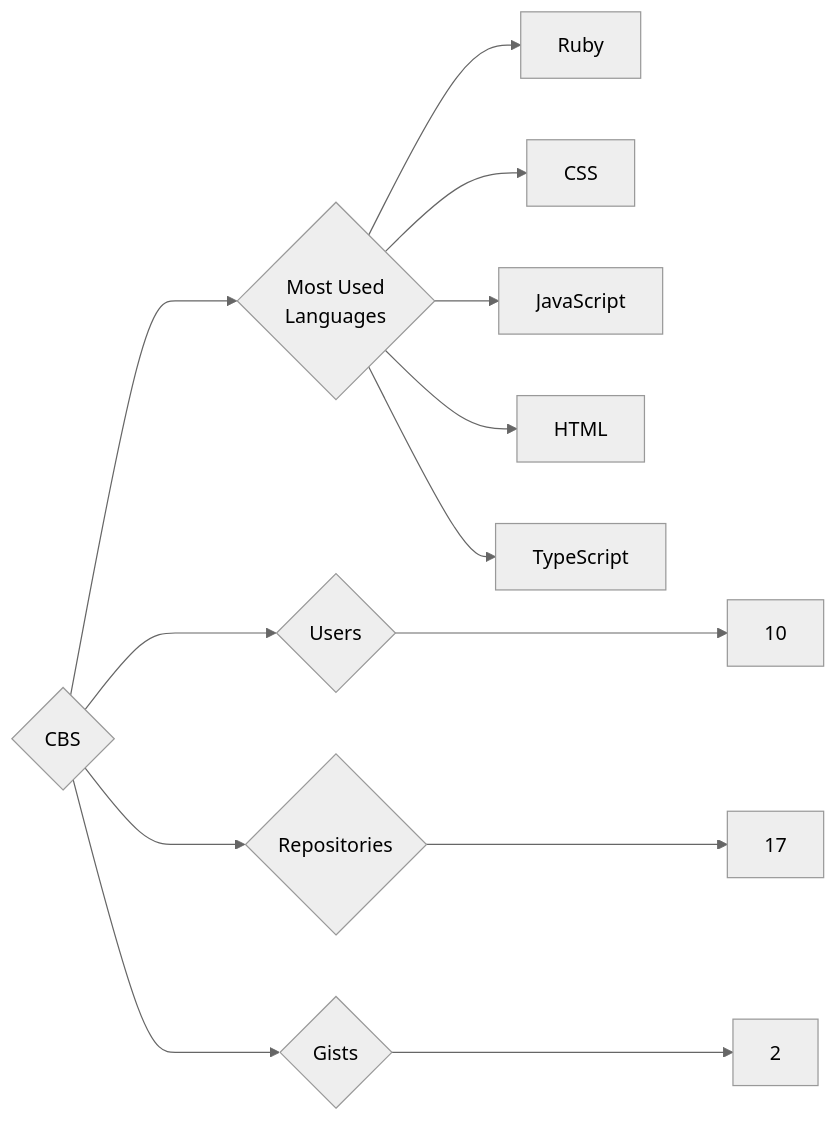
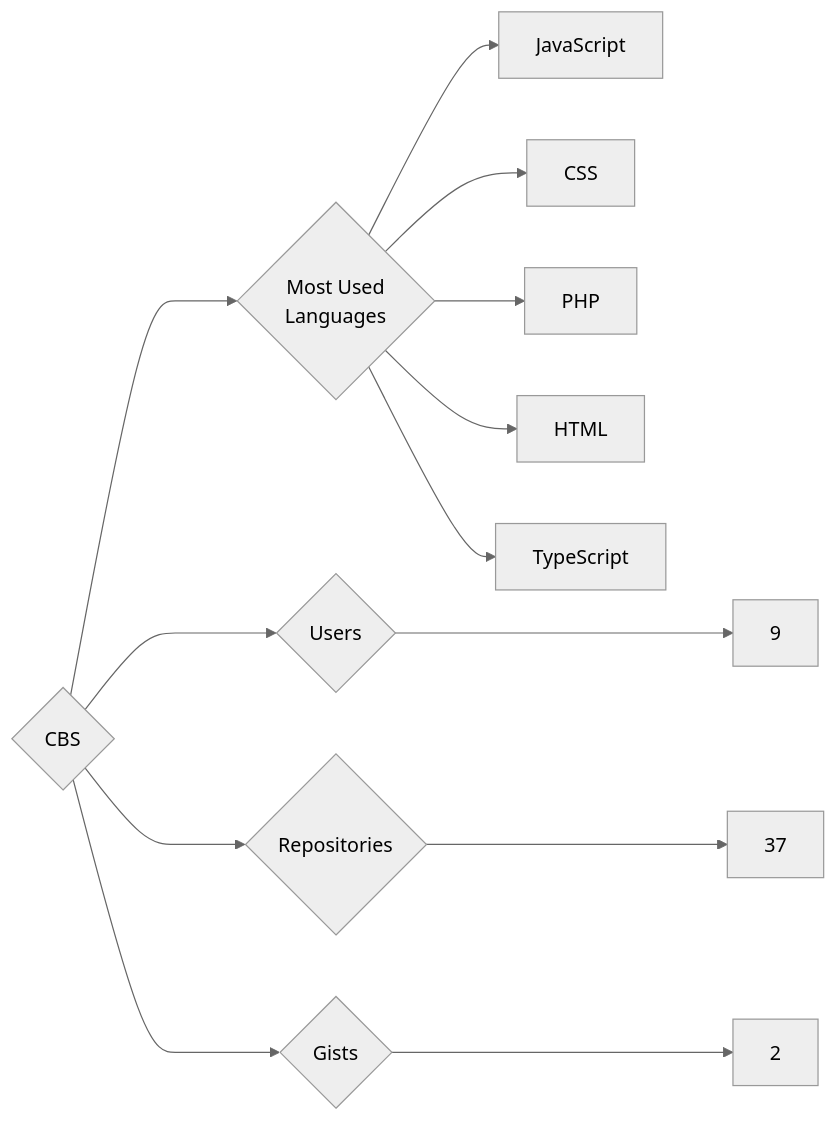
The diagram in targets/CBS/README.md (trickest/insiders), drawn with Mermaid (neutral theme) before and after one commit. The commit also changed 682 other files, not shown here.

````diff
--- a/targets/CBS/README.md
+++ b/targets/CBS/README.md
@@ -3,13 +3,13 @@
 ```mermaid
 graph LR
 COMPANY_NAME{CBS}
-COMPANY_NAME ---> U{Users} ---> UN[10]
-COMPANY_NAME ---> R{Repositories} ---> RN[17]
+COMPANY_NAME ---> U{Users} ---> UN[9]
+COMPANY_NAME ---> R{Repositories} ---> RN[37]
 COMPANY_NAME ---> G{Gists} ---> GN[2]
 COMPANY_NAME ---> ML{Most Used<br>Languages}
-ML --> Ruby[Ruby]
+ML --> JavaScript[JavaScript]
 ML --> CSS[CSS]
-ML --> JavaScript[JavaScript]
+ML --> PHP[PHP]
 ML --> HTML[HTML]
 ML --> TypeScript[TypeScript]
 ```
````
